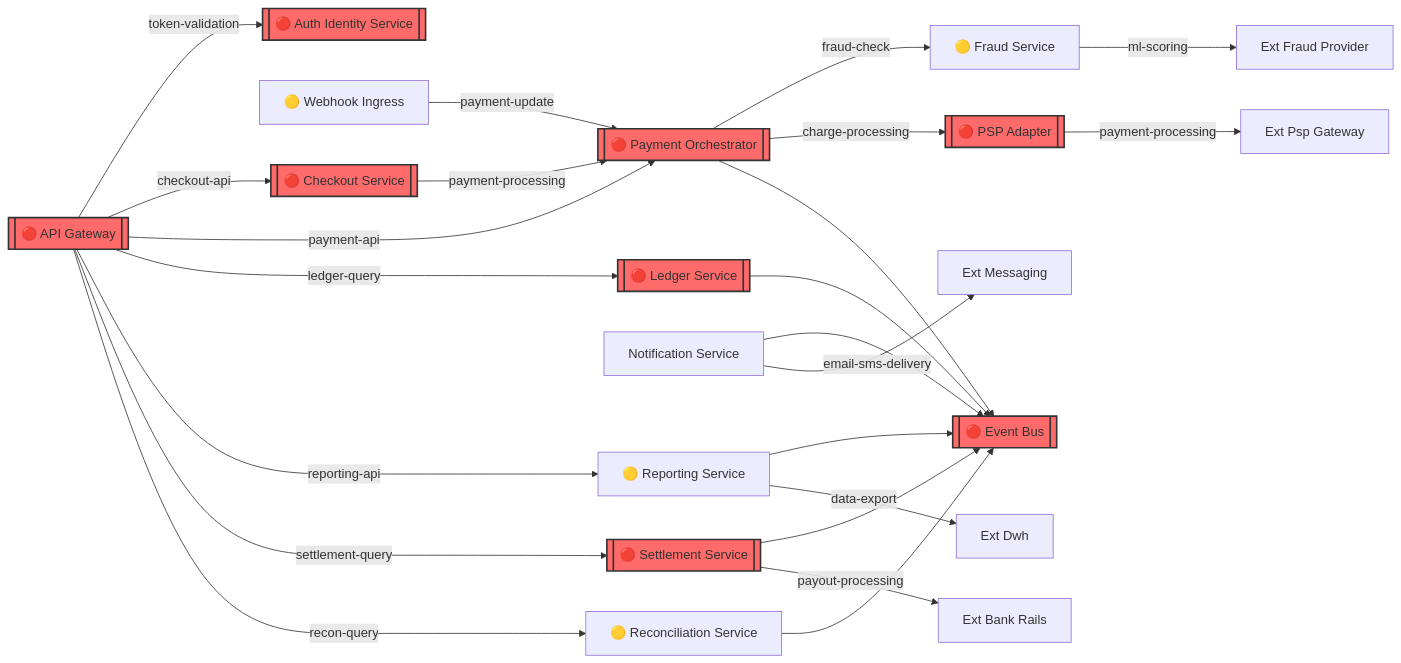
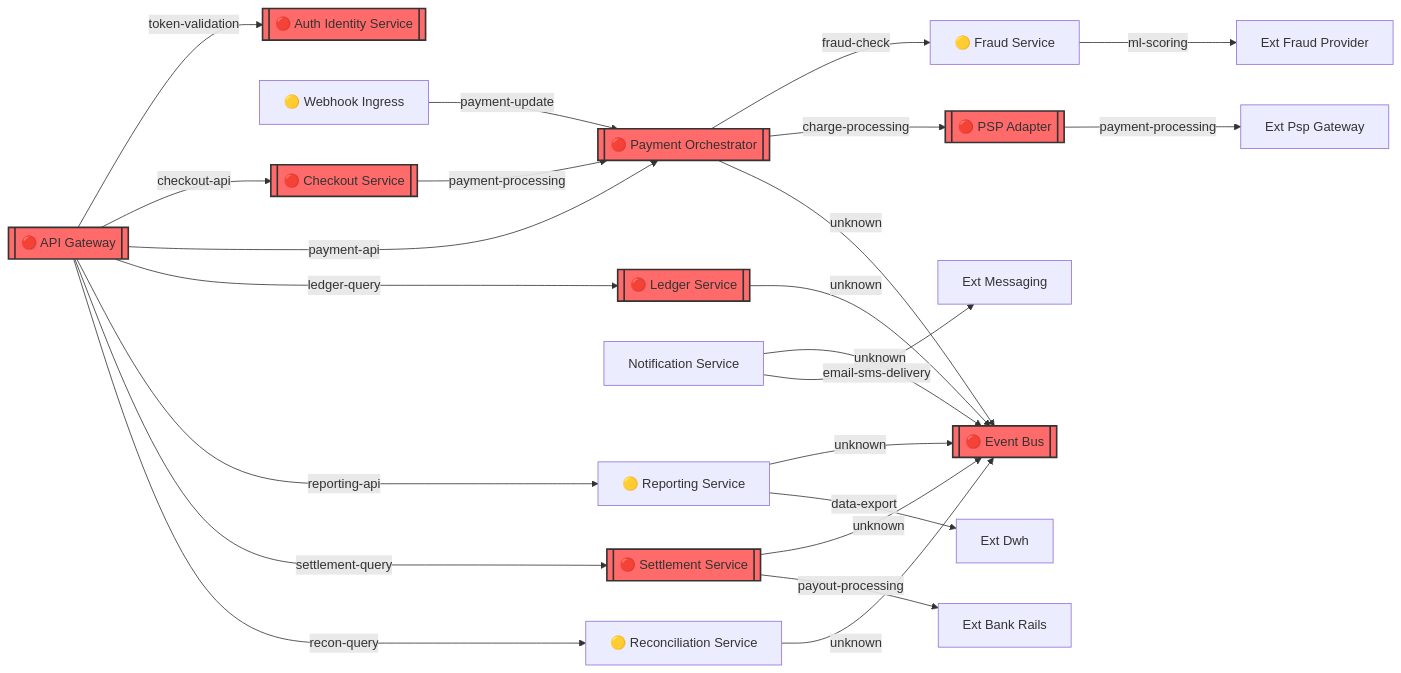
One commit to krackenservices/scp-demo changed the diagram in ACMEPay/README.md. Above: the diagram before and after it, drawn with Mermaid. The commit also changed other lines of this file and 7 other files, not shown here.

````diff
--- a/ACMEPay/README.md
+++ b/ACMEPay/README.md
@@ -76,51 +78,51 @@
 ```mermaid
 flowchart LR
 
     %% Systems
     acmepay_checkout[["🔴 Checkout Service"]]
     acmepay_orchestrator[["🔴 Payment Orchestrator"]]
     acmepay_eventbus[["🔴 Event Bus"]]
     acmepay_fraud["🟡 Fraud Service"]
     ext_fraud_provider["Ext Fraud Provider"]
     acmepay_ledger[["🔴 Ledger Service"]]
     acmepay_notify["Notification Service"]
     ext_messaging["Ext Messaging"]
     acmepay_psp[["🔴 PSP Adapter"]]
     ext_psp_gateway["Ext Psp Gateway"]
     acmepay_recon["🟡 Reconciliation Service"]
     acmepay_reporting["🟡 Reporting Service"]
     ext_dwh["Ext Dwh"]
     acmepay_settlement[["🔴 Settlement Service"]]
     ext_bank_rails["Ext Bank Rails"]
     acmepay_webhook["🟡 Webhook Ingress"]
     acmepay_gateway[["🔴 API Gateway"]]
     acmepay_auth[["🔴 Auth Identity Service"]]
 
-    %% Dependencies
+    %% Direct Dependencies
     acmepay_checkout -->|payment-processing| acmepay_orchestrator
     acmepay_fraud -->|ml-scoring| ext_fraud_provider
-    acmepay_ledger --> acmepay_eventbus
-    acmepay_notify --> acmepay_eventbus
+    acmepay_ledger -->|unknown| acmepay_eventbus
+    acmepay_notify -->|unknown| acmepay_eventbus
     acmepay_notify -->|email-sms-delivery| ext_messaging
     acmepay_orchestrator -->|fraud-check| acmepay_fraud
     acmepay_orchestrator -->|charge-processing| acmepay_psp
-    acmepay_orchestrator --> acmepay_eventbus
+    acmepay_orchestrator -->|unknown| acmepay_eventbus
     acmepay_psp -->|payment-processing| ext_psp_gateway
-    acmepay_recon --> acmepay_eventbus
-    acmepay_reporting --> acmepay_eventbus
+    acmepay_recon -->|unknown| acmepay_eventbus
+    acmepay_reporting -->|unknown| acmepay_eventbus
     acmepay_reporting -->|data-export| ext_dwh
-    acmepay_settlement --> acmepay_eventbus
+    acmepay_settlement -->|unknown| acmepay_eventbus
     acmepay_settlement -->|payout-processing| ext_bank_rails
     acmepay_webhook -->|payment-update| acmepay_orchestrator
     acmepay_gateway -->|token-validation| acmepay_auth
     acmepay_gateway -->|checkout-api| acmepay_checkout
     acmepay_gateway -->|payment-api| acmepay_orchestrator
     acmepay_gateway -->|ledger-query| acmepay_ledger
     acmepay_gateway -->|reporting-api| acmepay_reporting
     acmepay_gateway -->|settlement-query| acmepay_settlement
     acmepay_gateway -->|recon-query| acmepay_recon
 
     %% Styling
     classDef critical fill:#ff6b6b,stroke:#333,stroke-width:2px
     class acmepay_checkout,acmepay_orchestrator,acmepay_eventbus,acmepay_ledger,acmepay_psp,acmepay_settlement,acmepay_gateway,acmepay_auth critical
 ```
````
